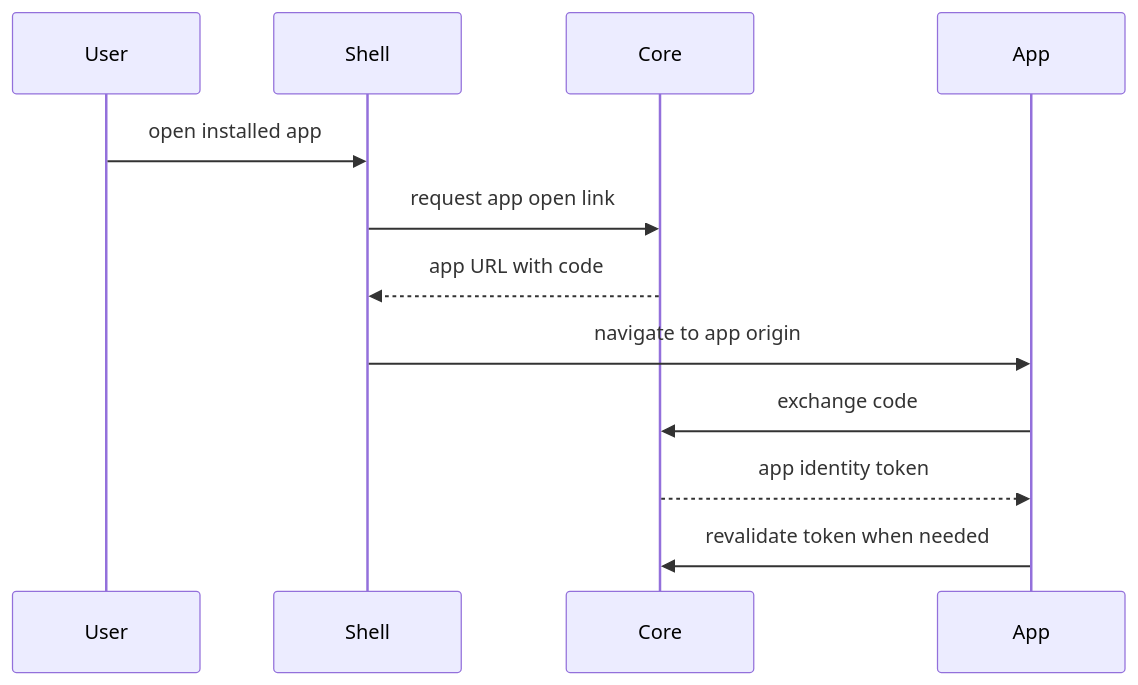
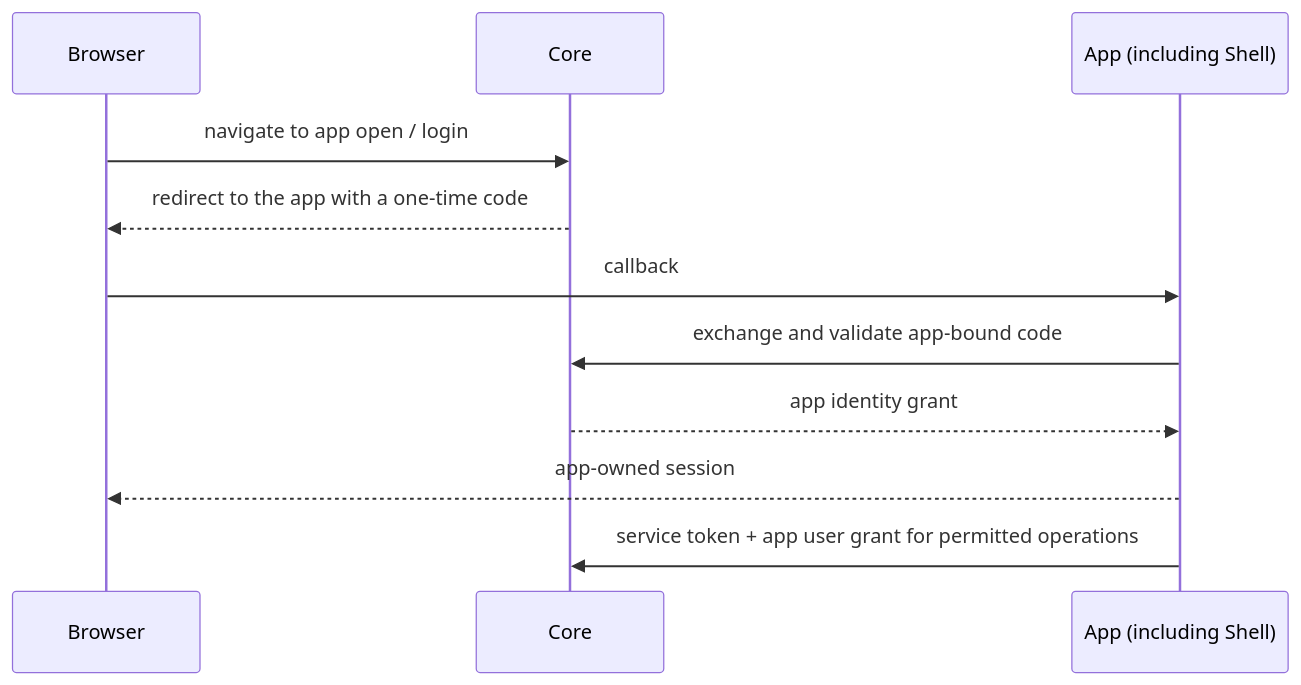
One commit to alex-de-haas/docker-host changed the diagram in docs/features/auth-gateway/feature.md. Above: the diagram before and after it, drawn with Mermaid. The commit also changed other lines of this file and 329 other files, not shown here.

First line of the commit message:
feat(auth): isolate browser origins and bound app authority

````diff
--- a/docs/features/auth-gateway/feature.md
+++ b/docs/features/auth-gateway/feature.md
@@ -12,14 +17,13 @@
 ```mermaid
 sequenceDiagram
-  participant User
-  participant Shell
+  participant Browser
   participant Core
-  participant App
-  User->>Shell: open installed app
-  Shell->>Core: request app open link
-  Core-->>Shell: app URL with code
-  Shell->>App: navigate to app origin
-  App->>Core: exchange code
-  Core-->>App: app identity token
-  App->>Core: revalidate token when needed
+  participant App as App (including Shell)
+  Browser->>Core: navigate to app open / login
+  Core-->>Browser: redirect to the app with a one-time code
+  Browser->>App: callback
+  App->>Core: exchange and validate app-bound code
+  Core-->>App: app identity grant
+  App-->>Browser: app-owned session
+  App->>Core: service token + app user grant for permitted operations
 ```
````
